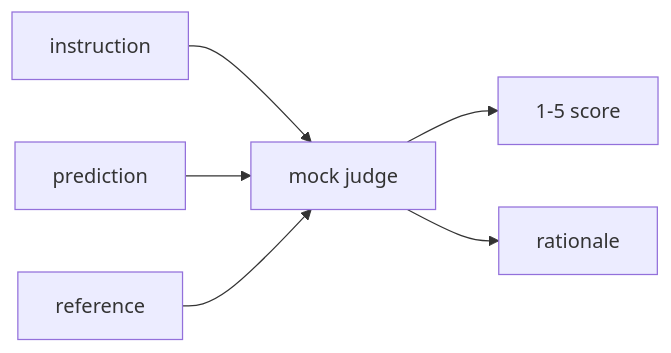
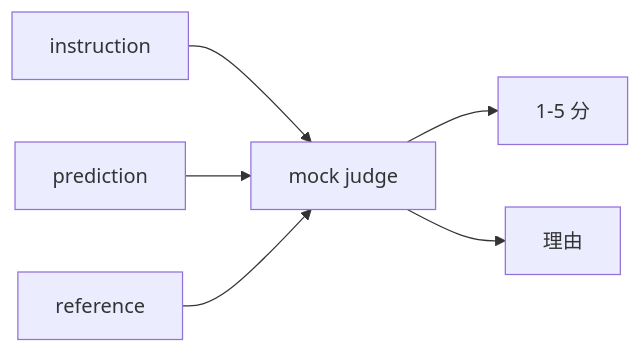
One commit to JerryC8080/ai-engineering-from-scratch-zh changed the second of 3 diagrams in phases/19-capstone-projects/41-eval-pipeline/docs/zh.md. Above: the diagram before and after it, drawn with Mermaid. The commit also changed other lines of this file and 156 other files, not shown here.

First line of the commit message:
i18n(zh): translate mermaid diagram labels in 157 lesson zh.md

````diff
--- a/phases/19-capstone-projects/41-eval-pipeline/docs/zh.md
+++ b/phases/19-capstone-projects/41-eval-pipeline/docs/zh.md
@@ -88,8 +88,8 @@
 ```mermaid
 flowchart LR
   Inst[instruction] --> Judge[mock judge]
   Pred[prediction] --> Judge
   Ref[reference] --> Judge
-  Judge --> Score[1-5 score]
-  Judge --> Why[rationale]
+  Judge --> Score[1-5 分]
+  Judge --> Why[理由]
 ```
````
